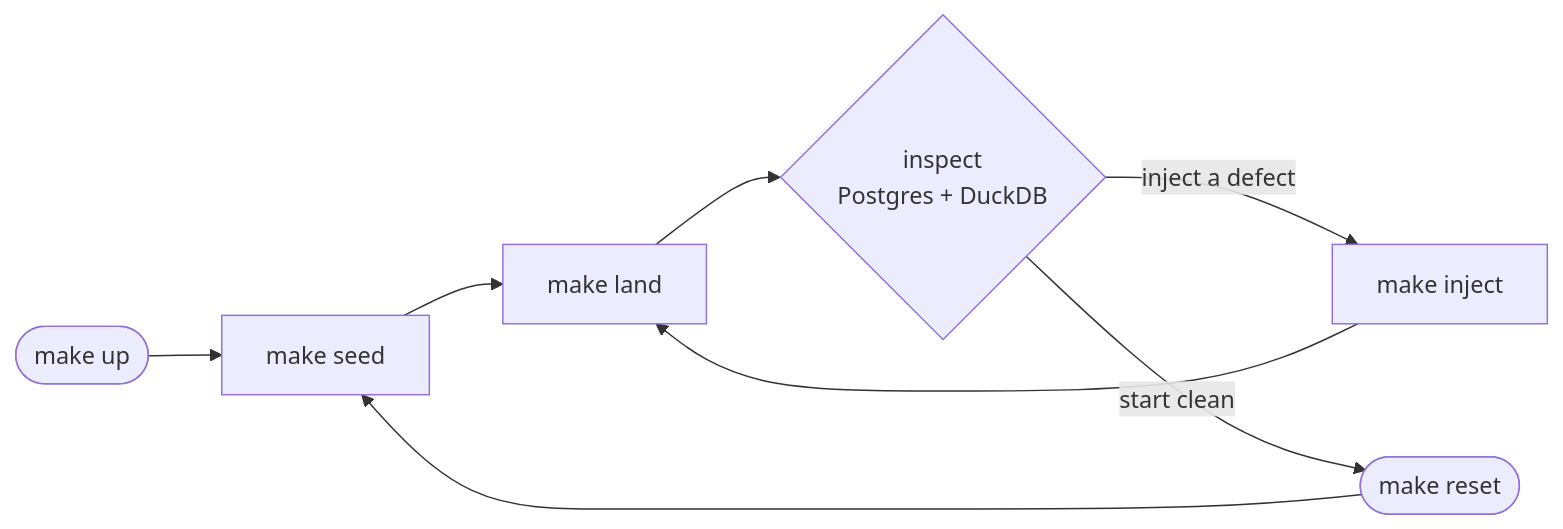
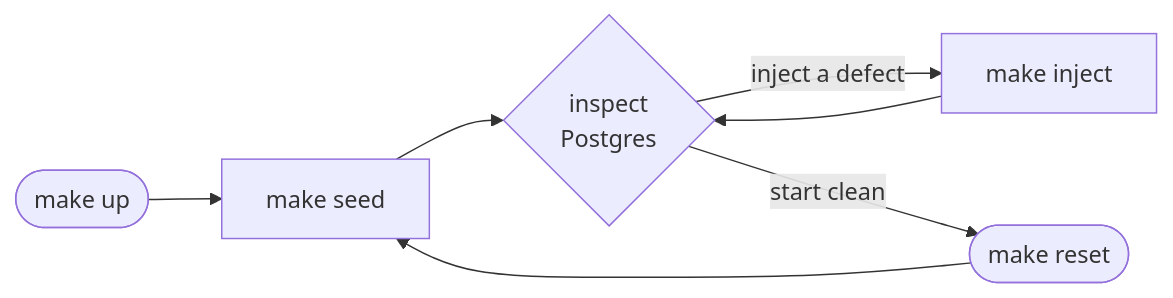
Before and after one commit to luanmorenommaciel/uc-postgres-duckdb-dbt-analytics: the third of 3 diagrams in readme.md, drawn with Mermaid. The commit also changed other lines of this file and 99 other files, not shown here.

````diff
--- a/readme.md
+++ b/readme.md
@@ -101,10 +83,9 @@
 ```mermaid
 graph LR
     A([make up]) --> B[make seed]
-    B --> C[make land]
-    C --> E{inspect<br/>Postgres + DuckDB}
+    B --> E{inspect<br/>Postgres}
     E -->|inject a defect| D[make inject]
-    D --> C
+    D --> E
     E -->|start clean| F([make reset])
     F --> B
 ```
````
